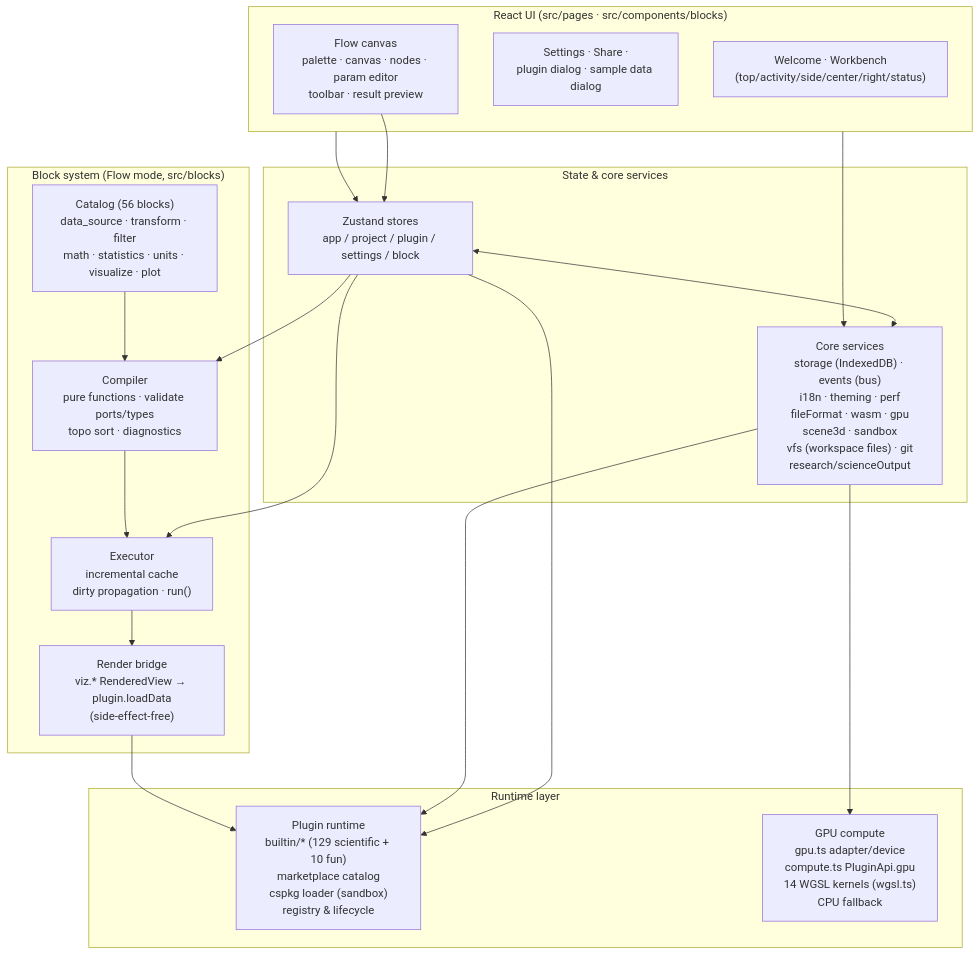
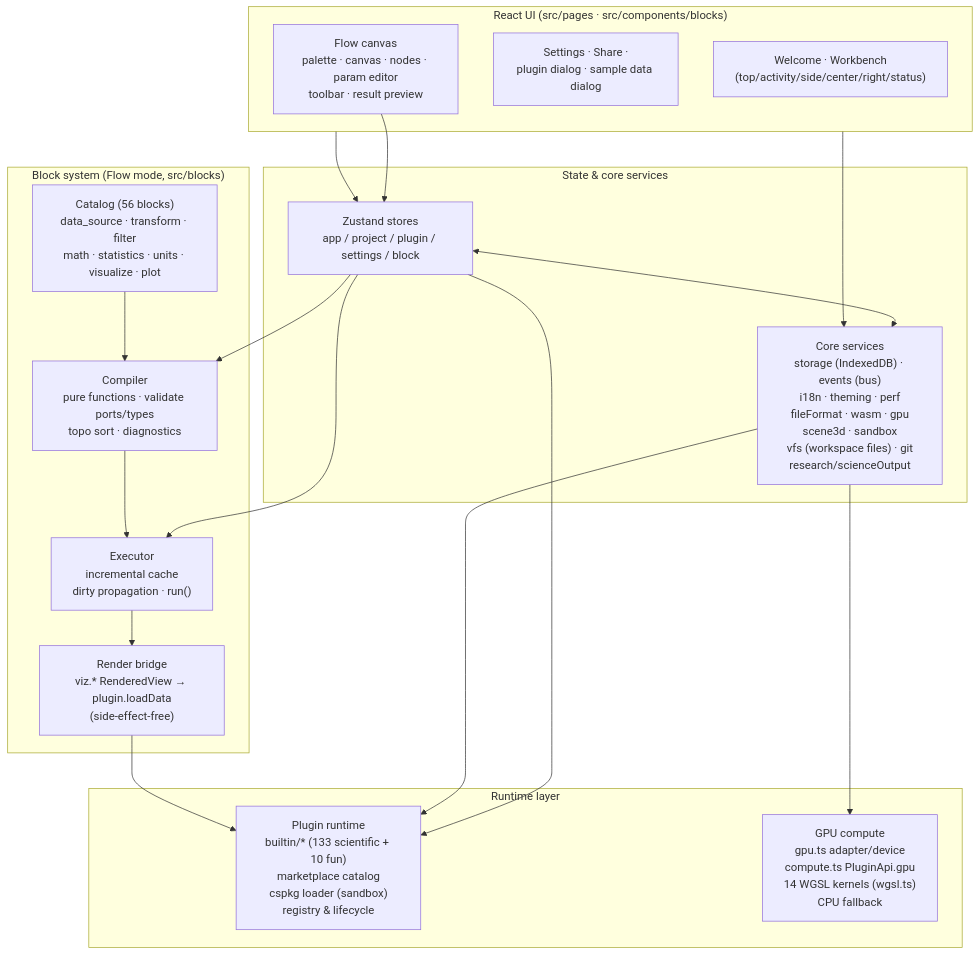
Before and after one commit to SnowLeopard-io/ErgalicsStudio: the diagram in README.md, drawn with Mermaid. The commit also changed other lines of this file and 96 other files, not shown here.

````diff
--- a/README.md
+++ b/README.md
@@ -192,39 +192,39 @@
 ```mermaid
 flowchart TB
     subgraph UI["React UI (src/pages · src/components/blocks)"]
         A1["Welcome · Workbench<br/>(top/activity/side/center/right/status)"]
         A2["Settings · Share ·<br/>plugin dialog · sample data dialog"]
         A3["Flow canvas<br/>palette · canvas · nodes · param editor<br/>toolbar · result preview"]
     end
 
     subgraph State["State & core services"]
         B1["Zustand stores<br/>app / project / plugin / settings / block"]
         B2["Core services<br/>storage (IndexedDB) · events (bus)<br/>i18n · theming · perf<br/>fileFormat · wasm · gpu<br/>scene3d · sandbox<br/>vfs (workspace files) · git<br/>research/scienceOutput"]
     end
 
     subgraph Blocks["Block system (Flow mode, src/blocks)"]
         D1["Catalog (56 blocks)<br/>data_source · transform · filter<br/>math · statistics · units · visualize · plot"]
         D2["Compiler<br/>pure functions · validate ports/types<br/>topo sort · diagnostics"]
         D3["Executor<br/>incremental cache<br/>dirty propagation · run()"]
         D4["Render bridge<br/>viz.* RenderedView → plugin.loadData<br/>(side-effect-free)"]
     end
 
     subgraph Runtime["Runtime layer"]
-        C1["Plugin runtime<br/>builtin/* (129 scientific + 10 fun)<br/>marketplace catalog<br/>cspkg loader (sandbox)<br/>registry & lifecycle"]
+        C1["Plugin runtime<br/>builtin/* (133 scientific + 10 fun)<br/>marketplace catalog<br/>cspkg loader (sandbox)<br/>registry & lifecycle"]
         C2["GPU compute<br/>gpu.ts adapter/device<br/>compute.ts PluginApi.gpu<br/>14 WGSL kernels (wgsl.ts)<br/>CPU fallback"]
     end
 
     UI --> B1
     UI --> B2
     B1 <--> B2
     B1 --> C1
     B2 --> C1
     B2 --> C2
     A3 --> B1
     B1 --> D2
     B1 --> D3
     D2 --> D3
     D1 --> D2
     D3 --> D4
     D4 --> C1
 ```
````
